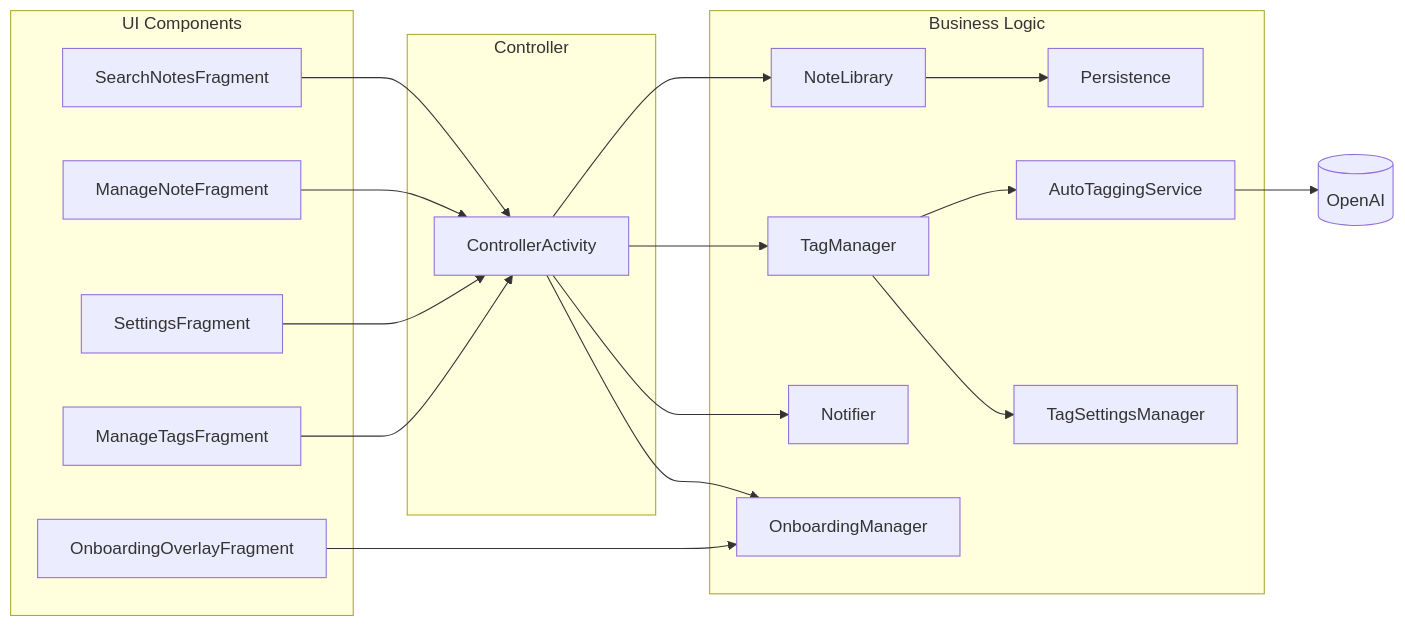
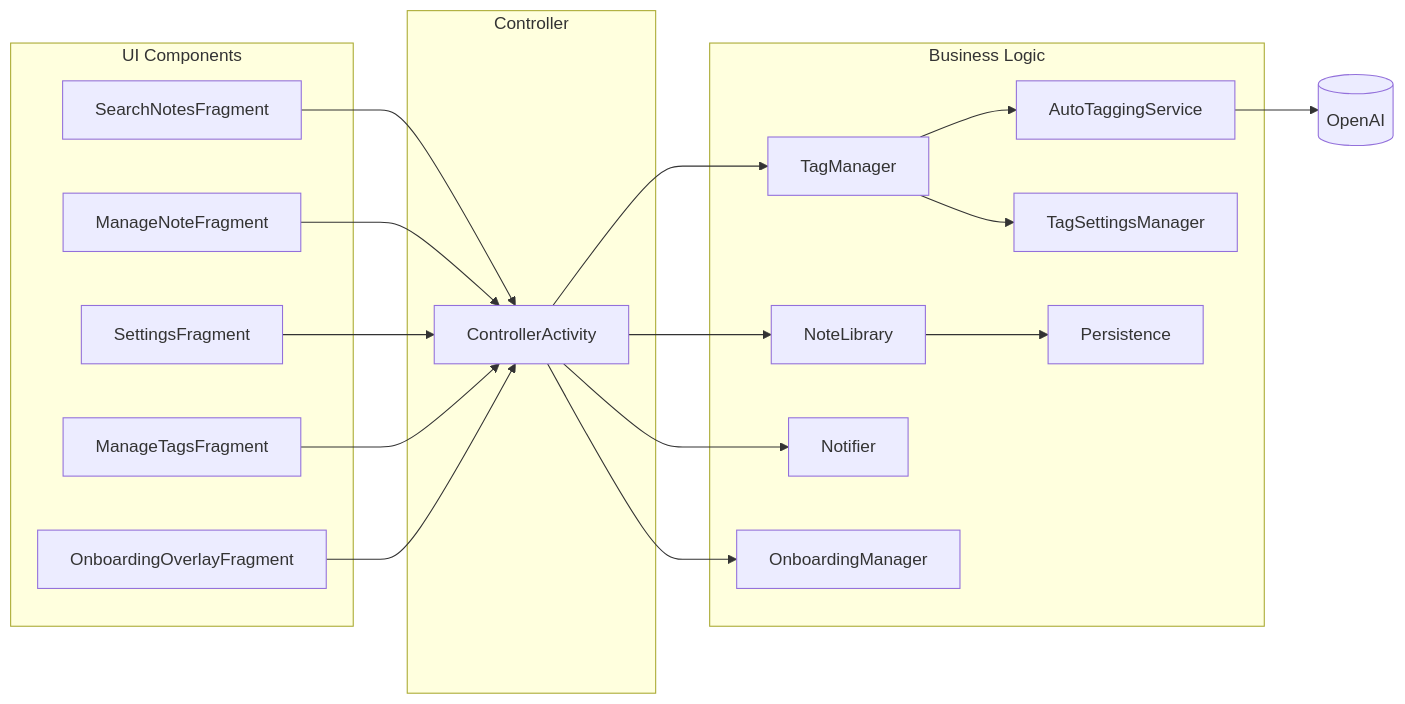
The diagram in docs/architecture/component_interaction.md (patricksmill/QuickNotes), drawn with Mermaid before and after one commit. The commit also changed 13 other files, not shown here.

````diff
--- a/docs/architecture/component_interaction.md
+++ b/docs/architecture/component_interaction.md
@@ -1,40 +1,40 @@
 ```mermaid
 graph LR
     subgraph "UI Components"
         A[SearchNotesFragment]
         B[ManageNoteFragment]
         C[SettingsFragment]
         D[ManageTagsFragment]
         E[OnboardingOverlayFragment]
     end
 
     subgraph "Controller"
         X[ControllerActivity]
     end
 
     subgraph "Business Logic"
         F[NoteLibrary]
         G[TagManager]
         H[AutoTaggingService]
         I[TagSettingsManager]
         J[Notifier]
         K[OnboardingManager]
         L[Persistence]
     end
 
     A --> X
     B --> X
     C --> X
     D --> X
-    E --> K
+    E --> X
 
     X --> F
     X --> G
     X --> J
     X --> K
 
     F --> L
     G --> H
     G --> I
     H --> OpenAI[(OpenAI)]
 ```
````
